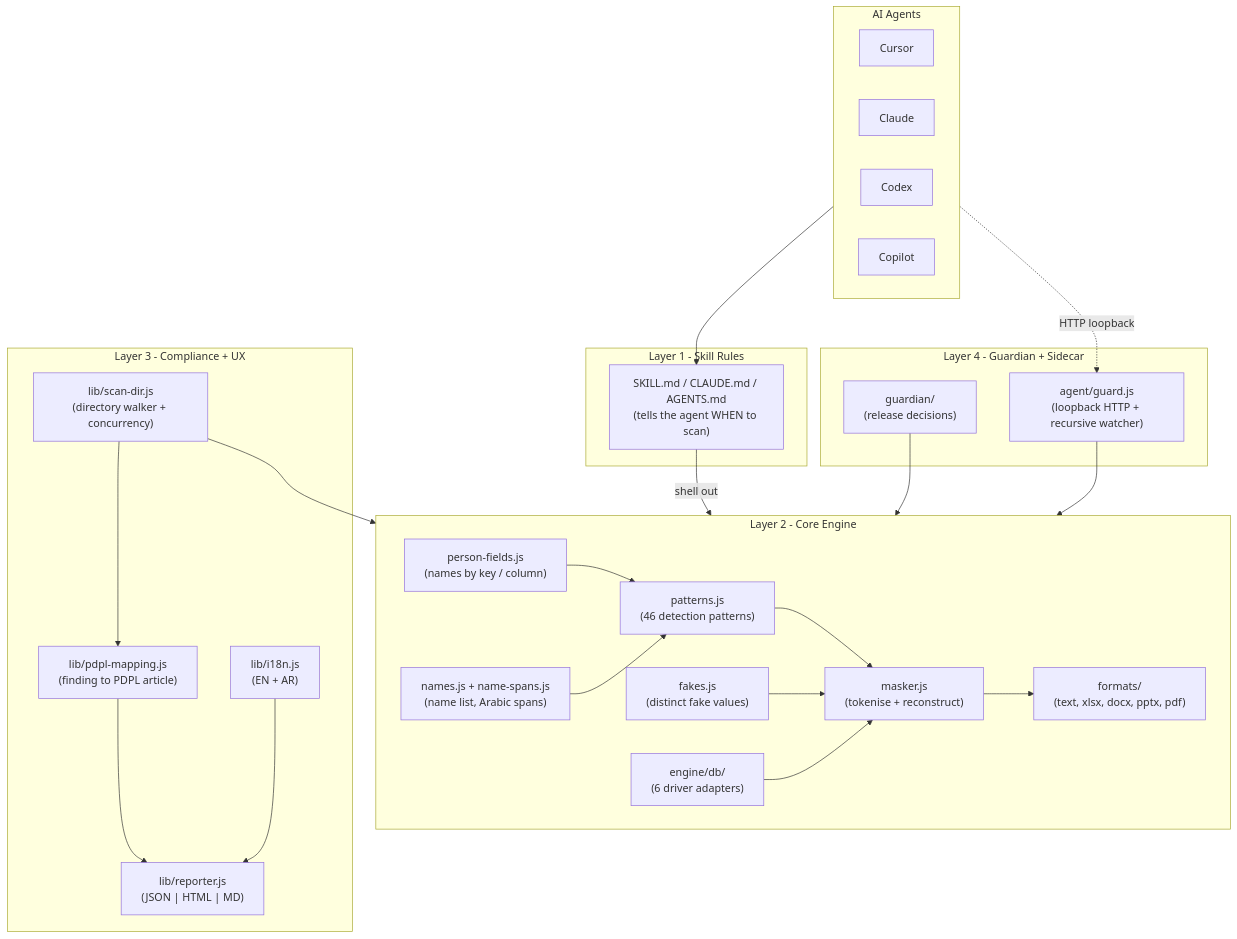
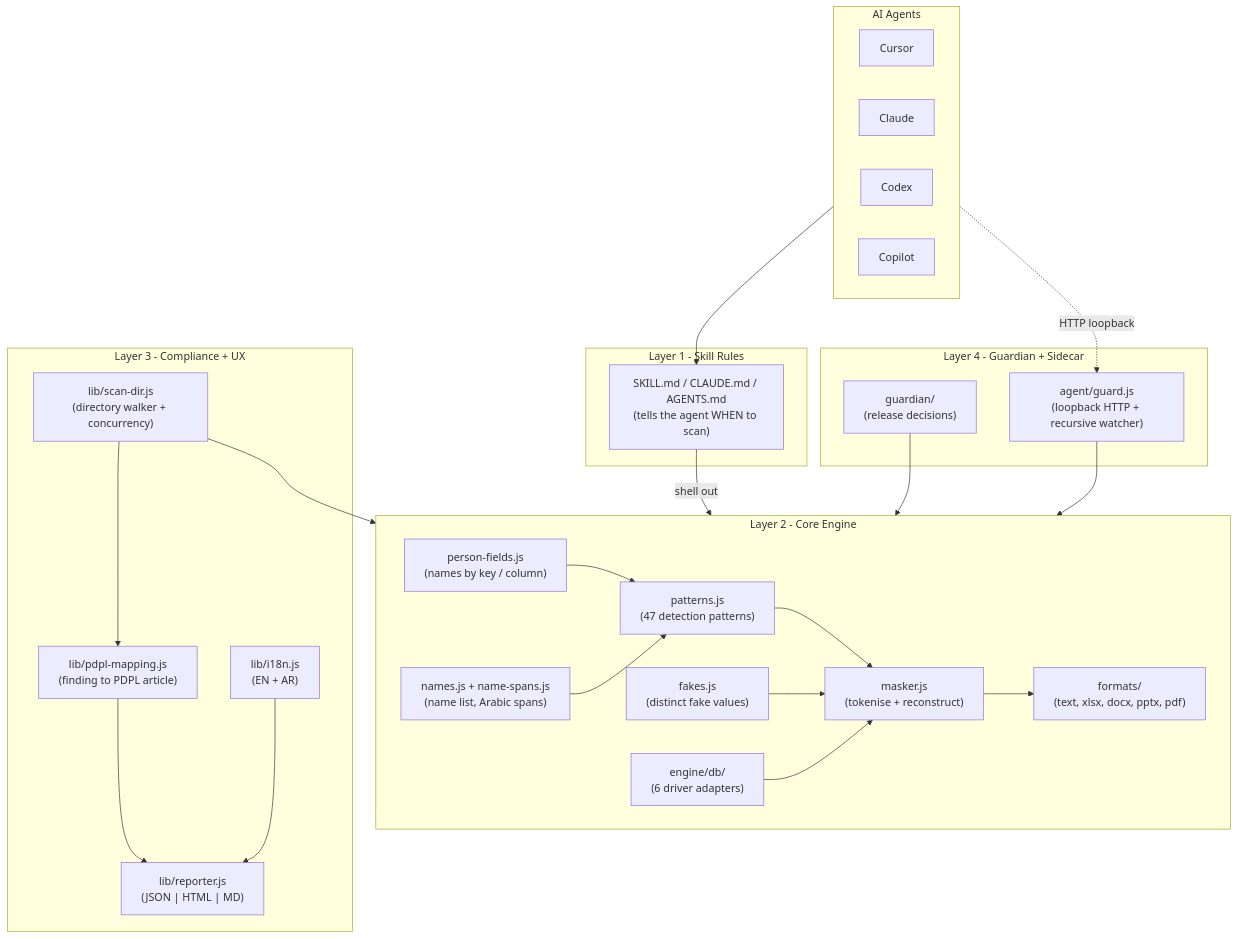
One commit to oalriyami/kakashi changed the first of 4 diagrams in docs/ARCHITECTURE.md. Above: the diagram before and after it, drawn with Mermaid. The commit also changed other lines of this file and 9 other files, not shown here.

````diff
--- a/docs/ARCHITECTURE.md
+++ b/docs/ARCHITECTURE.md
@@ -17,47 +17,47 @@
 ```mermaid
 flowchart TB
   subgraph L1 [Layer 1 - Skill Rules]
     SkillMD["SKILL.md / CLAUDE.md / AGENTS.md<br/>(tells the agent WHEN to scan)"]
   end
   subgraph L2 [Layer 2 - Core Engine]
-    Patterns["patterns.js<br/>(46 detection patterns)"]
+    Patterns["patterns.js<br/>(47 detection patterns)"]
     Fields["person-fields.js<br/>(names by key / column)"]
     Names["names.js + name-spans.js<br/>(name list, Arabic spans)"]
     Masker["masker.js<br/>(tokenise + reconstruct)"]
     Fakes["fakes.js<br/>(distinct fake values)"]
     Formats["formats/<br/>(text, xlsx, docx, pptx, pdf)"]
     DB["engine/db/<br/>(6 driver adapters)"]
     Fields --> Patterns
     Names --> Patterns
     Patterns --> Masker
     Fakes --> Masker
     Masker --> Formats
     DB --> Masker
   end
   subgraph L3 [Layer 3 - Compliance + UX]
     Pdpl["lib/pdpl-mapping.js<br/>(finding to PDPL article)"]
     Reporter["lib/reporter.js<br/>(JSON | HTML | MD)"]
     ScanDir["lib/scan-dir.js<br/>(directory walker + concurrency)"]
     I18n["lib/i18n.js<br/>(EN + AR)"]
     Pdpl --> Reporter
     ScanDir --> Pdpl
     I18n --> Reporter
   end
   subgraph L4 [Layer 4 - Guardian + Sidecar]
     Guardian["guardian/<br/>(release decisions)"]
     Guard["agent/guard.js<br/>(loopback HTTP + recursive watcher)"]
   end
   subgraph AGENTS [AI Agents]
     Cursor
     Claude
     Codex
     Copilot
   end
 
   AGENTS --> SkillMD
   SkillMD -->|shell out| L2
   ScanDir --> L2
   Guardian --> L2
   Guard --> L2
   AGENTS -.HTTP loopback.-> Guard
 ```
````
